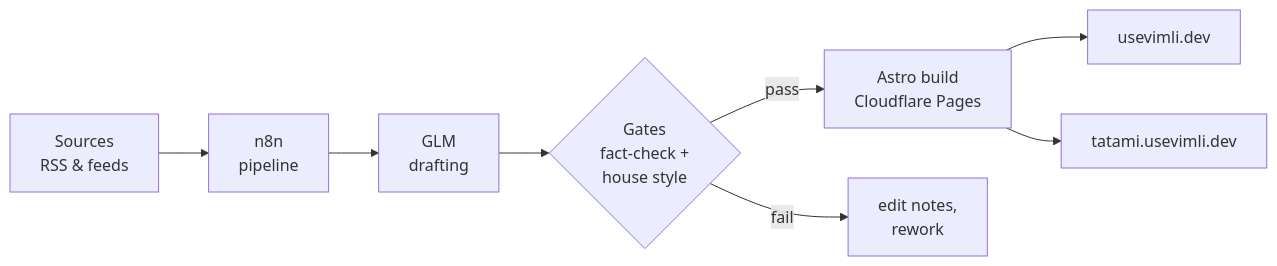
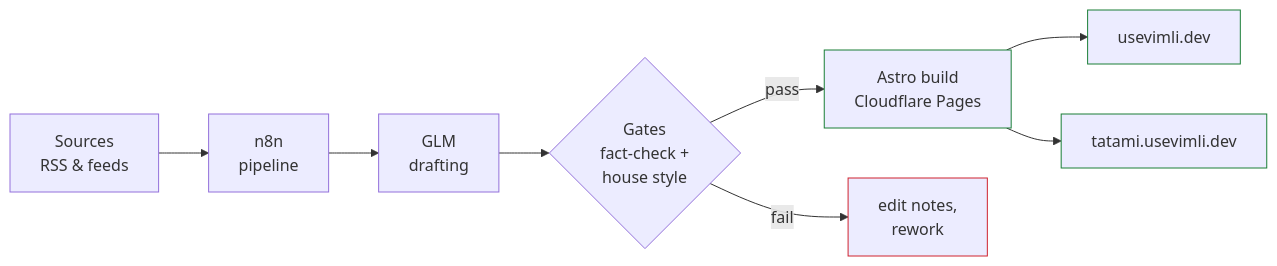
The first of 2 diagrams in profile/README.md (racknroll/.github), drawn with Mermaid before and after one commit. The commit also changed other lines of this file, not shown here.

Commit message:
Org profile: site CI badges, lab diagram, stack section

````diff
--- a/profile/README.md
+++ b/profile/README.md
@@ -17,10 +19,15 @@
 ```mermaid
 flowchart LR
     S["Sources<br/>RSS & feeds"] --> N["n8n<br/>pipeline"]
     N --> D["GLM<br/>drafting"]
     D --> G{"Gates<br/>fact-check +<br/>house style"}
     G -- pass --> B["Astro build<br/>Cloudflare Pages"]
     G -- fail --> E["edit notes,<br/>rework"]
     B --> W1["usevimli.dev"]
     B --> W2["tatami.usevimli.dev"]
+
+    classDef good stroke:#1a7f37
+    classDef bad stroke:#cf222e
+    class B,W1,W2 good
+    class E bad
 ```
````
